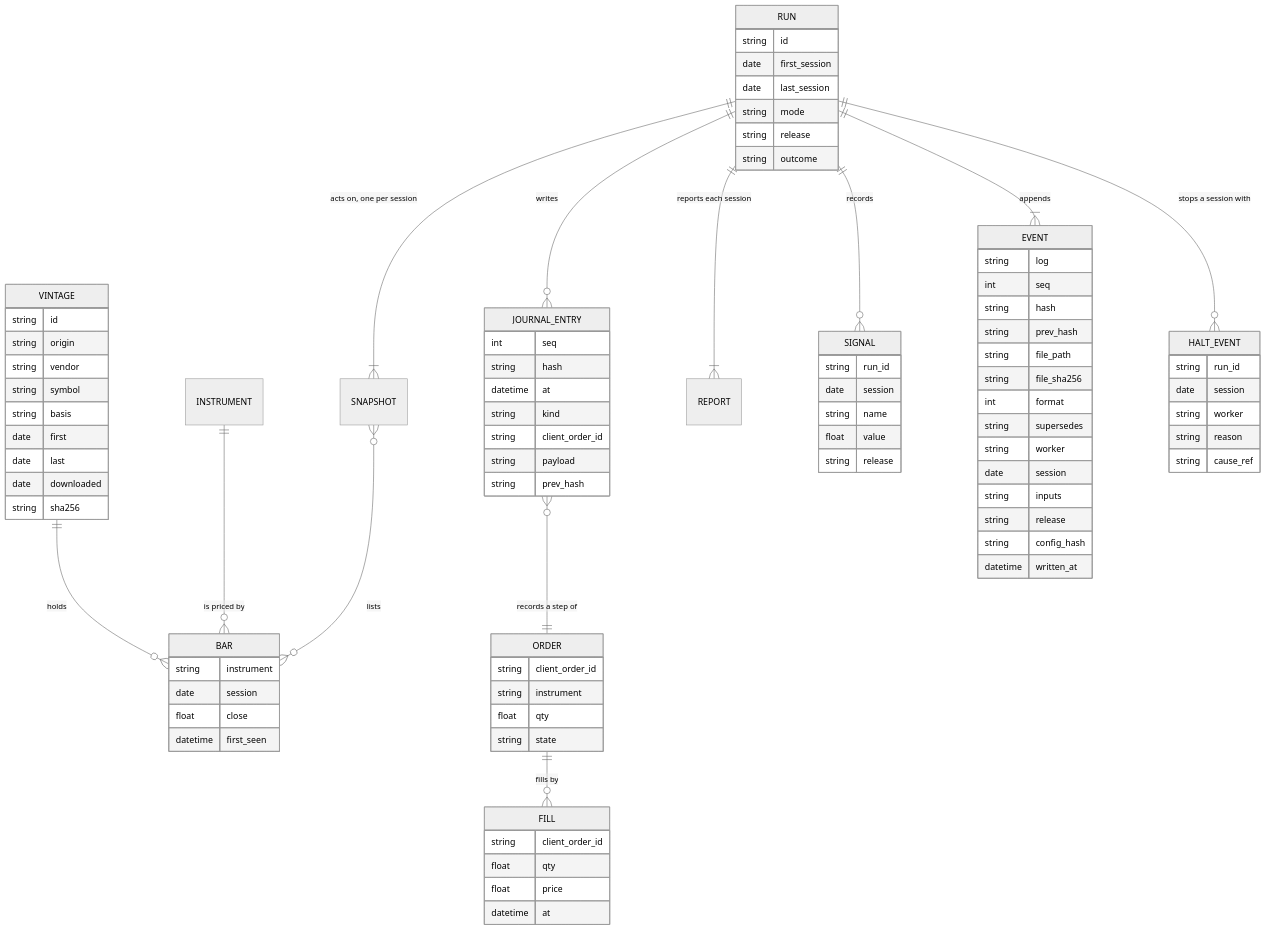
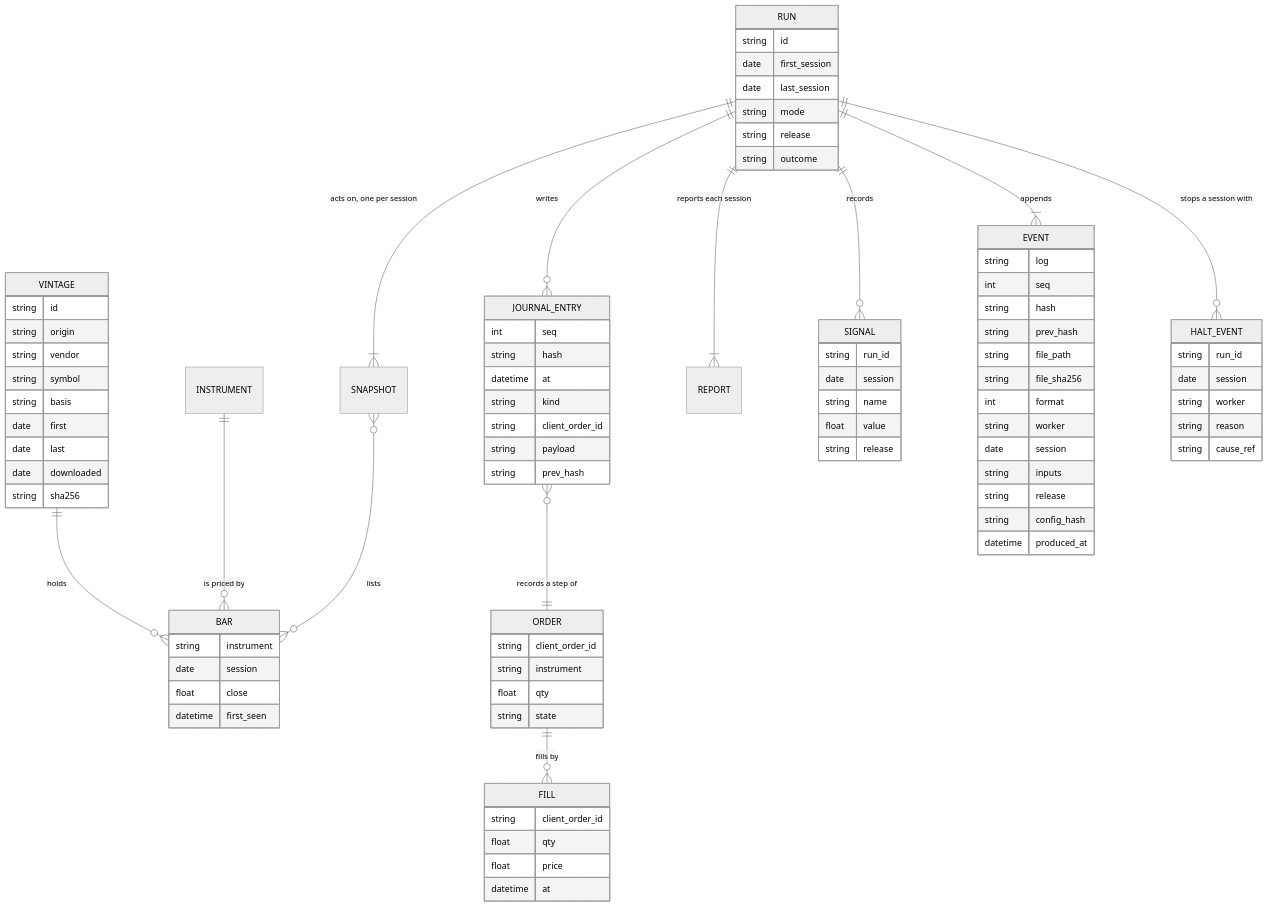
One commit to l3a0/ithildin-runtime changed diagram 14 of 16 in docs/architecture.md. Above: the diagram before and after it, drawn with Mermaid (neutral theme). The commit also changed other lines of this file and 1 other file, not shown here.

```diff
--- a/docs/architecture.md
+++ b/docs/architecture.md
@@ -1289,13 +1296,12 @@
         string file_path
         string file_sha256
         int format
-        string supersedes
         string worker
         date session
         string inputs
         string release
         string config_hash
-        datetime written_at
+        datetime produced_at
     }
     HALT_EVENT {
         string run_id
```
